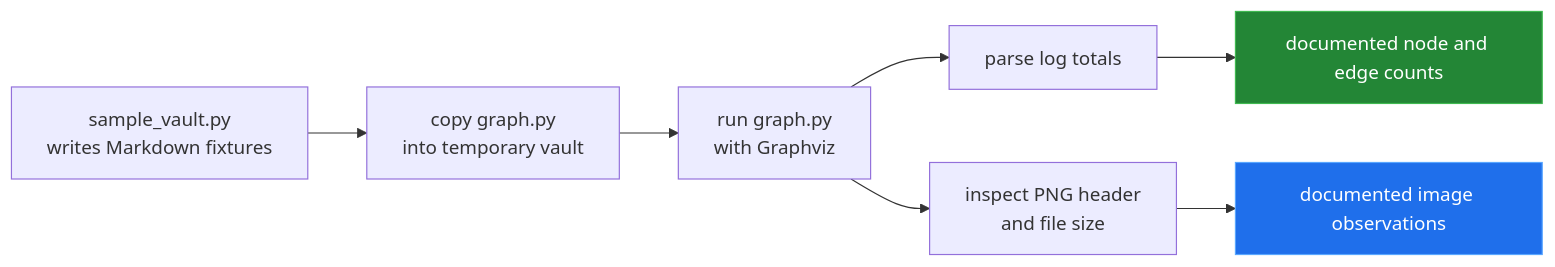
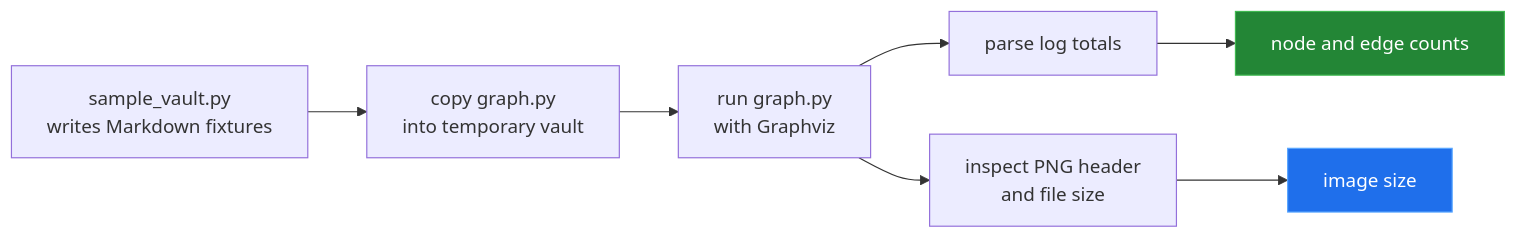
One commit to Bissbert/obsidian-graph-github-action changed the diagram in docs/measurement.md. Above: the diagram before and after it, drawn with Mermaid. The commit also changed other lines of this file and 9 other files, not shown here.

````diff
--- a/docs/measurement.md
+++ b/docs/measurement.md
@@ -52,12 +38,12 @@
 ```mermaid
 flowchart LR
     A["sample_vault.py<br/>writes Markdown fixtures"] --> B["copy graph.py<br/>into temporary vault"]
     B --> C["run graph.py<br/>with Graphviz"]
     C --> D["parse log totals"]
     C --> E["inspect PNG header<br/>and file size"]
-    D --> F["documented node and edge counts"]
-    E --> G["documented image observations"]
+    D --> F["node and edge counts"]
+    E --> G["image size"]
 
     style F fill:#238636,stroke:#3fb950,color:#fff
     style G fill:#1f6feb,stroke:#58a6ff,color:#fff
 ```
````
